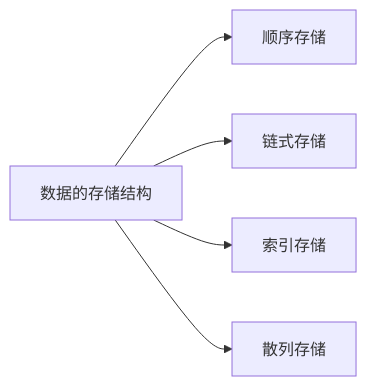
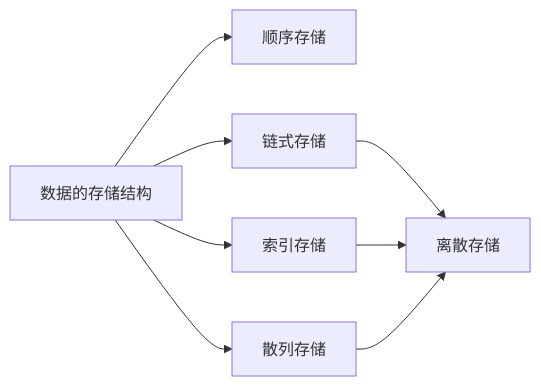
Before and after one commit to Maxxxxx-C/DataStructure: the fifth of 5 diagrams in 1-before-learning/before-learning.md, drawn with Mermaid. The commit also changed other lines of this file, not shown here.

````diff
--- a/1-before-learning/before-learning.md
+++ b/1-before-learning/before-learning.md
@@ -76,7 +76,7 @@
 ```mermaid
 graph LR;
     数据的存储结构-->顺序存储;
-    数据的存储结构-->链式存储;
-    数据的存储结构-->索引存储;
-    数据的存储结构-->散列存储;
+    数据的存储结构-->链式存储-->离散存储;
+    数据的存储结构-->索引存储-->离散存储;
+    数据的存储结构-->散列存储-->离散存储;
 ```
````
